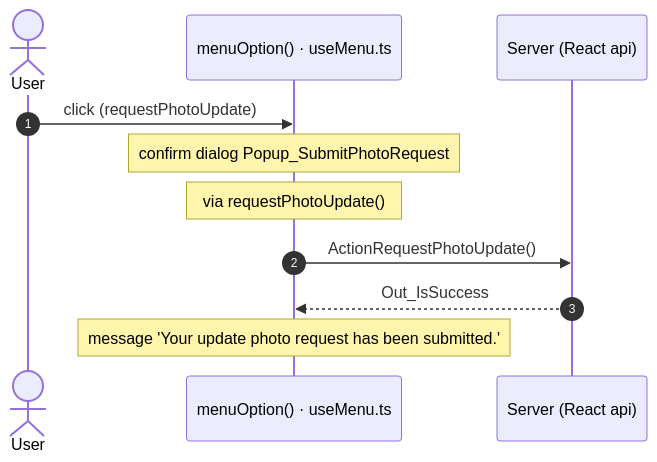
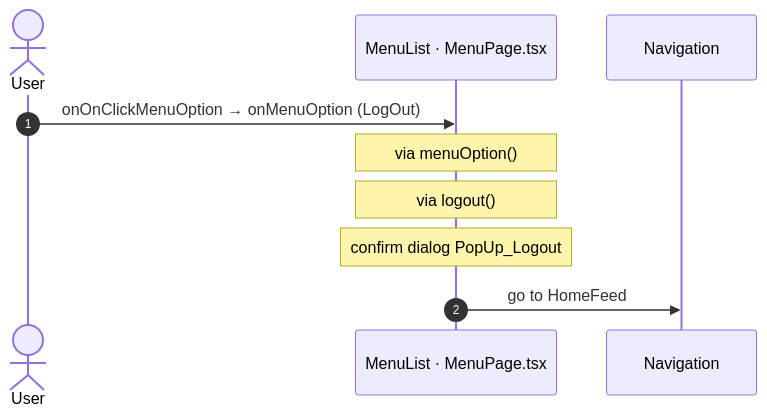
Before and after one commit to Phoenix-DX/connect-new-ui: diagram 17 of 37 in migration/route-actions/Menu.md, drawn with Mermaid. The commit also changed other lines of this file and 9 other files, not shown here.

Commit message:
route actions: facts only; user actions as two independent lists (OutSystems view bindings, React JSX bindings) with Mermaid sequences; factual call columns (direct caller, chains, React references); app shell by definition (survey shell, main.tsx code); constants read for React paths

````diff
--- a/migration/route-actions/Menu.md
+++ b/migration/route-actions/Menu.md
@@ -326,13 +343,12 @@
 ```mermaid
 sequenceDiagram
   autonumber
   actor U as User
-  participant H as menuOption() · useMenu.ts
-  participant A as Server (React api)
-  U->>H: click (requestPhotoUpdate)
-  Note over H: confirm dialog Popup_SubmitPhotoRequest
-  Note over H: via requestPhotoUpdate()
-  H->>A: ActionRequestPhotoUpdate()
-  A-->>H: Out_IsSuccess
-  Note over H: message 'Your update photo request has been submitted.'
+  participant H as MenuList · MenuPage.tsx
+  participant N as Navigation
+  U->>H: onOnClickMenuOption → onMenuOption (LogOut)
+  Note over H: via menuOption()
+  Note over H: via logout()
+  Note over H: confirm dialog PopUp_Logout
+  H->>N: go to HomeFeed
 ```
````
